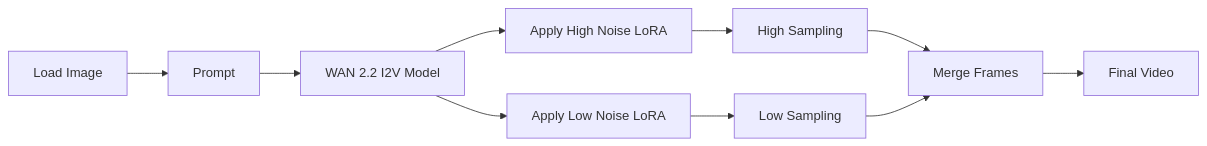
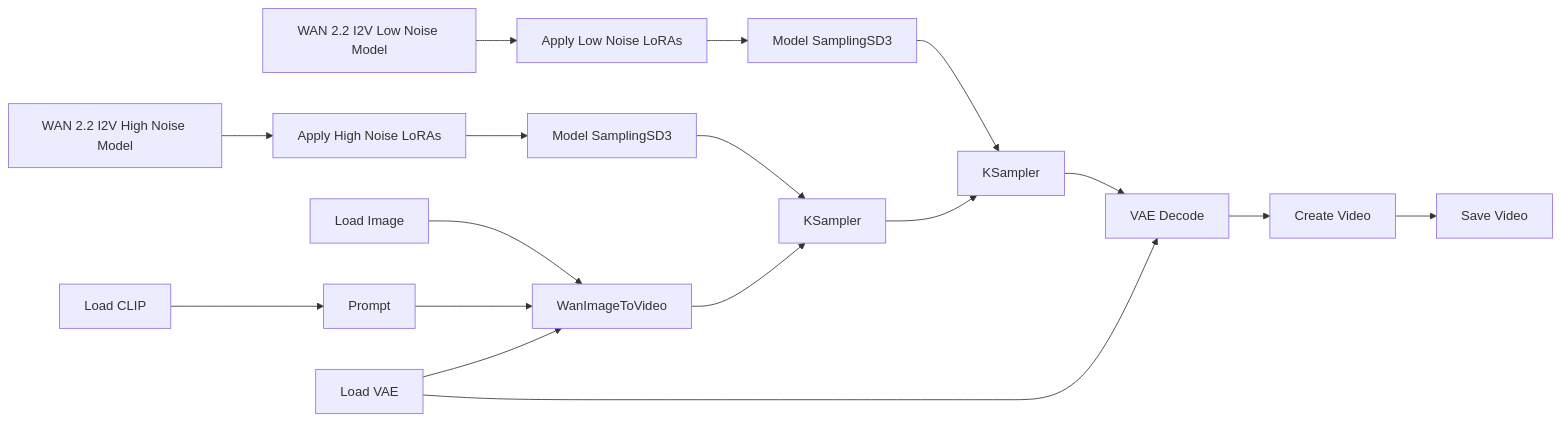
One commit to felipebottega/AI-Audiovisual-Lab changed the first of 2 diagrams in Guide-ComfyUI-WAN-I2V.md. Above: the diagram before and after it, drawn with Mermaid. The commit also changed other lines of this file, not shown here.

````diff
--- a/Guide-ComfyUI-WAN-I2V.md
+++ b/Guide-ComfyUI-WAN-I2V.md
@@ -20,12 +20,10 @@
 ```mermaid
 flowchart LR
-    A[Load Image] --> B[Prompt]
-    B --> C[WAN 2.2 I2V Model]
-    C --> D[Apply High Noise LoRA]
-    C --> E[Apply Low Noise LoRA]
-    D --> F[High Sampling]
-    E --> G[Low Sampling]
-    F --> H[Merge Frames]
-    G --> H
-    H --> I[Final Video]
+    A1[WAN 2.2 I2V High Noise Model] --> B1[Apply High Noise LoRAs] --> C1[Model SamplingSD3] --> D1[KSampler]
+    A2[WAN 2.2 I2V Low Noise Model] --> B2[Apply Low Noise LoRAs] --> C2[Model SamplingSD3] --> D2[KSampler]
+    D1 --> D2 --> E[VAE Decode] --> F[Create Video] --> G[Save Video]
+    A3[Load Image] --> B3[WanImageToVideo] --> D1
+    A4[Load CLIP] --> B4[Prompt] --> B3
+    A5[Load VAE] --> B3
+    A5 --> E
 ```
````
